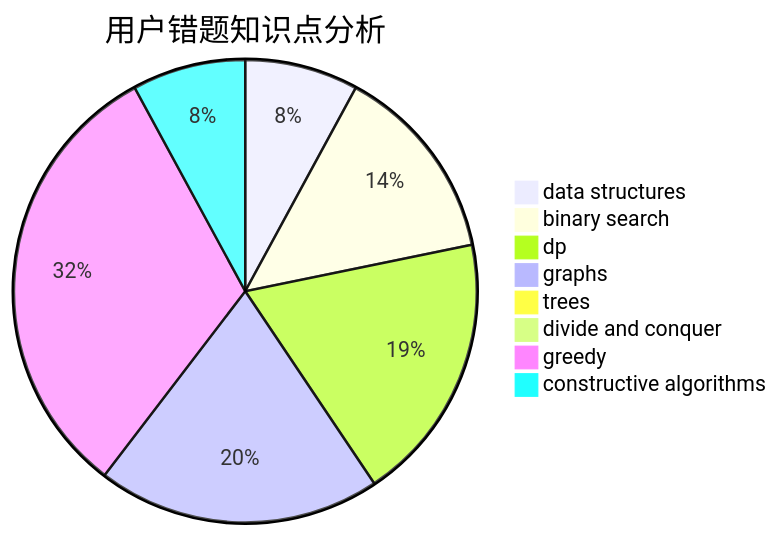
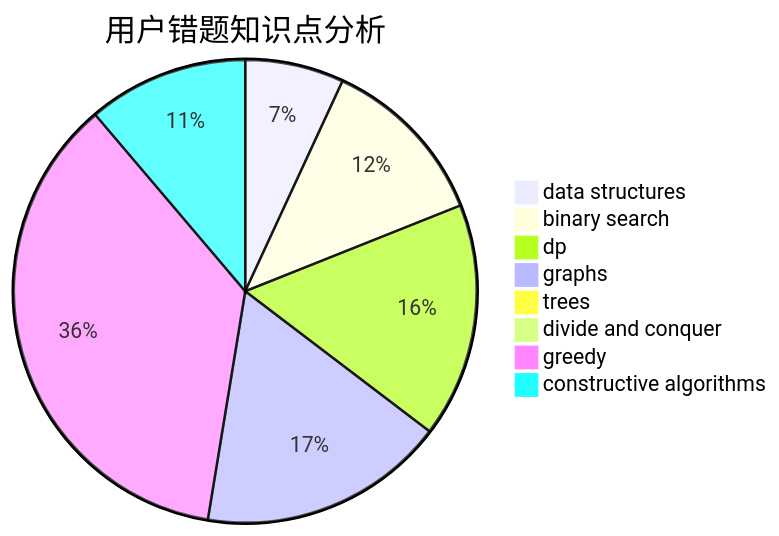
The third of 3 diagrams in docs/user/u2514.md (sherpahu/cfrs.github.io), drawn with Mermaid before and after one commit. The commit also changed other lines of this file and 2770 other files, not shown here.

````diff
--- a/docs/user/u2514.md
+++ b/docs/user/u2514.md
@@ -36,11 +36,11 @@
 ```mermaid
 pie title 用户错题知识点分析
     "data structures" :  8
     "binary search" :  14
     "dp" :  19
     "graphs" :  20
     "trees" :  0
     "divide and conquer" :  0
-    "greedy" :  32
-    "constructive algorithms" :  8
+    "greedy" :  42
+    "constructive algorithms" :  13
 ```
````
